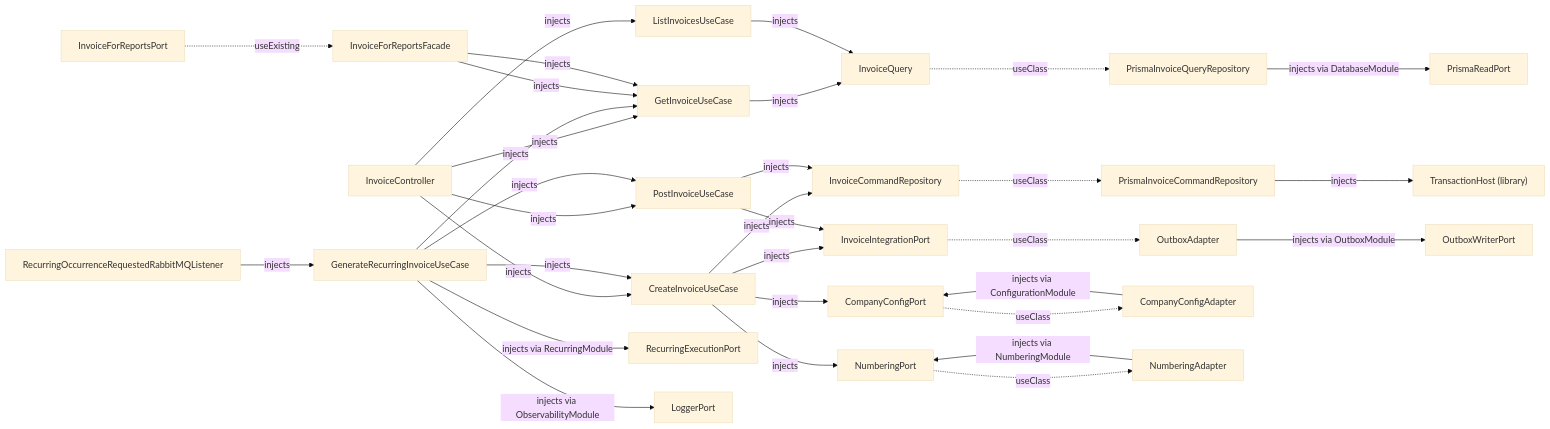
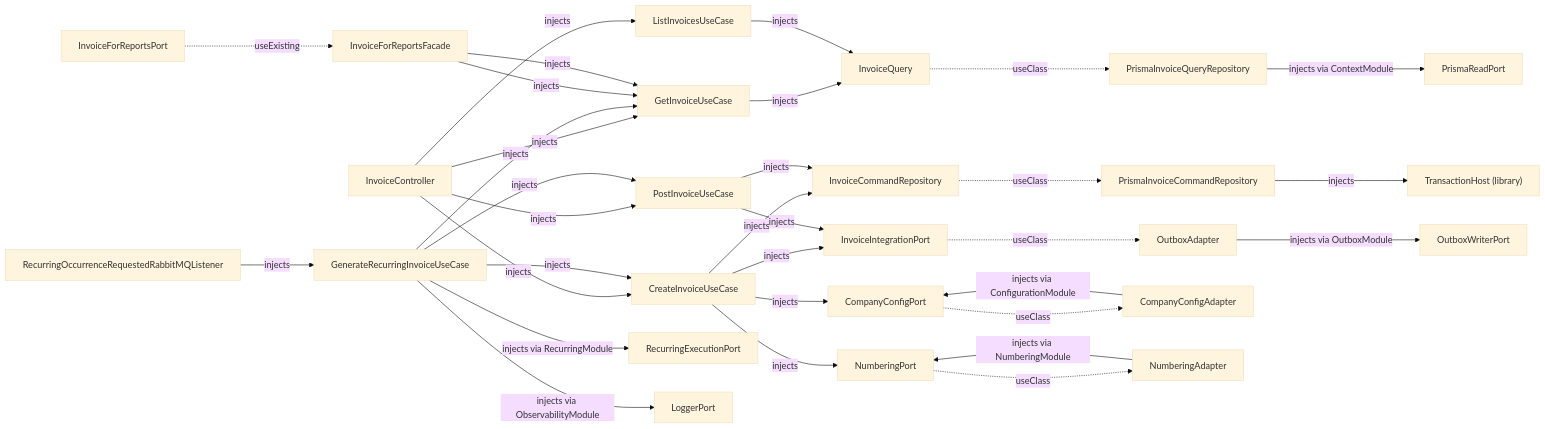
Before and after one commit to ashrafemon/ddd-boilerplate: the fifth of 22 diagrams in docs/DI-WIRING.md, drawn with Mermaid (base theme). The commit also changed other lines of this file and 41 other files, not shown here.

````diff
--- a/docs/DI-WIRING.md
+++ b/docs/DI-WIRING.md
@@ -364,58 +362,58 @@
 ```mermaid
 flowchart LR
     InvoiceForReportsPort["InvoiceForReportsPort"]
     InvoiceForReportsFacade["InvoiceForReportsFacade"]
     InvoiceForReportsPort -.->|useExisting| InvoiceForReportsFacade
     InvoiceCommandRepository["InvoiceCommandRepository"]
     PrismaInvoiceCommandRepository["PrismaInvoiceCommandRepository"]
     InvoiceCommandRepository -.->|useClass| PrismaInvoiceCommandRepository
     InvoiceQuery["InvoiceQuery"]
     PrismaInvoiceQueryRepository["PrismaInvoiceQueryRepository"]
     InvoiceQuery -.->|useClass| PrismaInvoiceQueryRepository
     InvoiceIntegrationPort["InvoiceIntegrationPort"]
     OutboxAdapter["OutboxAdapter"]
     InvoiceIntegrationPort -.->|useClass| OutboxAdapter
     CompanyConfigPort["CompanyConfigPort"]
     CompanyConfigAdapter["CompanyConfigAdapter"]
     CompanyConfigPort -.->|useClass| CompanyConfigAdapter
     NumberingPort["NumberingPort"]
     NumberingAdapter["NumberingAdapter"]
     NumberingPort -.->|useClass| NumberingAdapter
     InvoiceController["InvoiceController"]
     CreateInvoiceUseCase["CreateInvoiceUseCase"]
     InvoiceController -->|injects| CreateInvoiceUseCase
     PostInvoiceUseCase["PostInvoiceUseCase"]
     InvoiceController -->|injects| PostInvoiceUseCase
     GetInvoiceUseCase["GetInvoiceUseCase"]
     InvoiceController -->|injects| GetInvoiceUseCase
     ListInvoicesUseCase["ListInvoicesUseCase"]
     InvoiceController -->|injects| ListInvoicesUseCase
     CreateInvoiceUseCase -->|injects| InvoiceCommandRepository
     CreateInvoiceUseCase -->|injects| InvoiceIntegrationPort
     CreateInvoiceUseCase -->|injects| CompanyConfigPort
     CreateInvoiceUseCase -->|injects| NumberingPort
     PostInvoiceUseCase -->|injects| InvoiceCommandRepository
     PostInvoiceUseCase -->|injects| InvoiceIntegrationPort
     GetInvoiceUseCase -->|injects| InvoiceQuery
     ListInvoicesUseCase -->|injects| InvoiceQuery
     GenerateRecurringInvoiceUseCase["GenerateRecurringInvoiceUseCase"]
     GenerateRecurringInvoiceUseCase -->|injects| CreateInvoiceUseCase
     GenerateRecurringInvoiceUseCase -->|injects| GetInvoiceUseCase
     GenerateRecurringInvoiceUseCase -->|injects| PostInvoiceUseCase
     RecurringExecutionPort["RecurringExecutionPort"]
     GenerateRecurringInvoiceUseCase -->|injects via RecurringModule| RecurringExecutionPort
     LoggerPort["LoggerPort"]
     GenerateRecurringInvoiceUseCase -->|injects via ObservabilityModule| LoggerPort
     RecurringOccurrenceRequestedRabbitMQListener["RecurringOccurrenceRequestedRabbitMQListener"]
     RecurringOccurrenceRequestedRabbitMQListener -->|injects| GenerateRecurringInvoiceUseCase
     InvoiceForReportsFacade -->|injects| GetInvoiceUseCase
     InvoiceForReportsFacade -->|injects| GetInvoiceUseCase
     TransactionHost__library_["TransactionHost (library)"]
     PrismaInvoiceCommandRepository -->|injects| TransactionHost__library_
     PrismaReadPort["PrismaReadPort"]
-    PrismaInvoiceQueryRepository -->|injects via DatabaseModule| PrismaReadPort
+    PrismaInvoiceQueryRepository -->|injects via ContextModule| PrismaReadPort
     OutboxWriterPort["OutboxWriterPort"]
     OutboxAdapter -->|injects via OutboxModule| OutboxWriterPort
     CompanyConfigAdapter -->|injects via ConfigurationModule| CompanyConfigPort
     NumberingAdapter -->|injects via NumberingModule| NumberingPort
 ```
````
